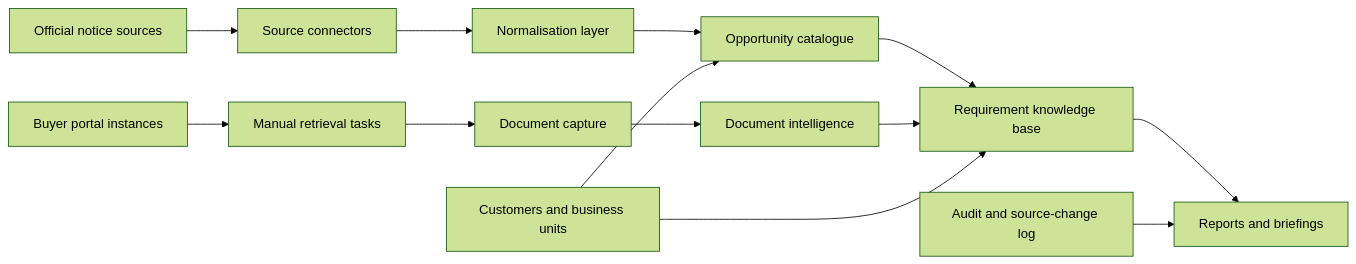
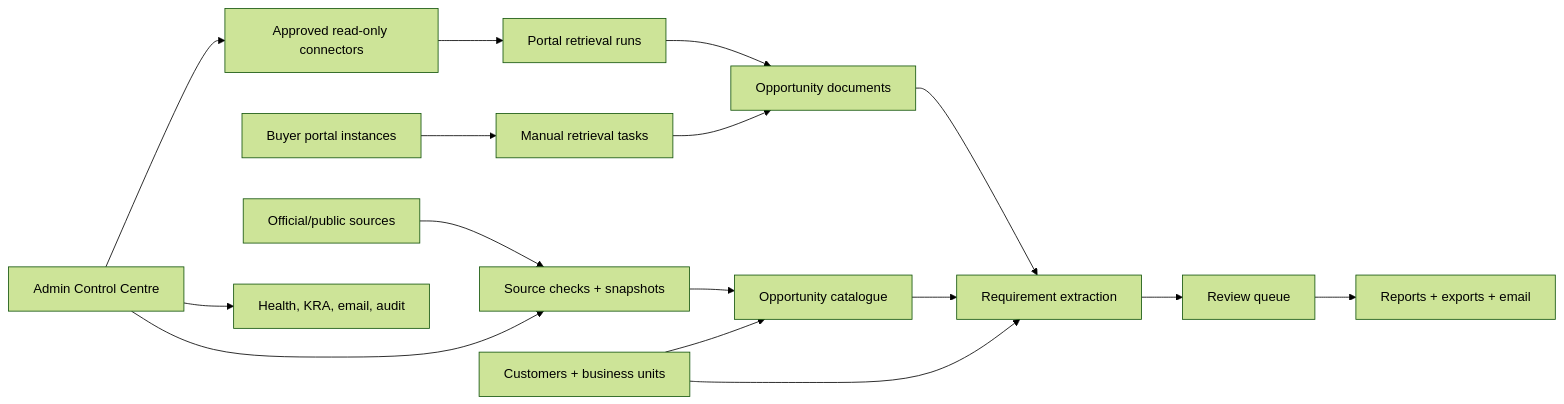
One commit to neil9bailey/Data-Intelligence-Portal changed the diagram in docs/architecture_blueprint.md. Above: the diagram before and after it, drawn with Mermaid (forest theme). The commit also changed other lines of this file and 11 other files, not shown here.

````diff
--- a/docs/architecture_blueprint.md
+++ b/docs/architecture_blueprint.md
@@ -5,15 +7,18 @@
 ```mermaid
 flowchart LR
-  A["Official notice sources"] --> B["Source connectors"]
+  A["Official/public sources"] --> B["Source checks + snapshots"]
   C["Buyer portal instances"] --> D["Manual retrieval tasks"]
-  B --> E["Normalisation layer"]
-  D --> F["Document capture"]
-  E --> G["Opportunity catalogue"]
-  F --> H["Document intelligence"]
-  G --> I["Requirement knowledge base"]
-  H --> I
-  I --> J["Reports and briefings"]
-  K["Customers and business units"] --> G
-  K --> I
-  L["Audit and source-change log"] --> J
+  E["Approved read-only connectors"] --> F["Portal retrieval runs"]
+  B --> G["Opportunity catalogue"]
+  F --> H["Opportunity documents"]
+  D --> H
+  H --> I["Requirement extraction"]
+  G --> I
+  J["Customers + business units"] --> G
+  J --> I
+  I --> K["Review queue"]
+  K --> L["Reports + exports + email"]
+  M["Admin Control Centre"] --> B
+  M --> E
+  M --> N["Health, KRA, email, audit"]
 ```
````
